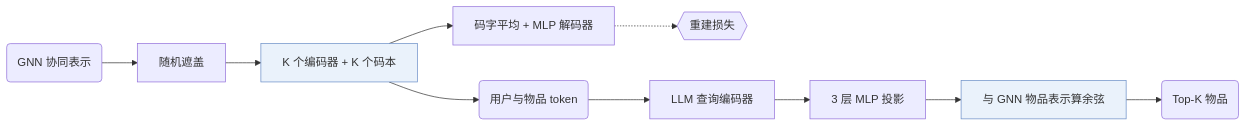
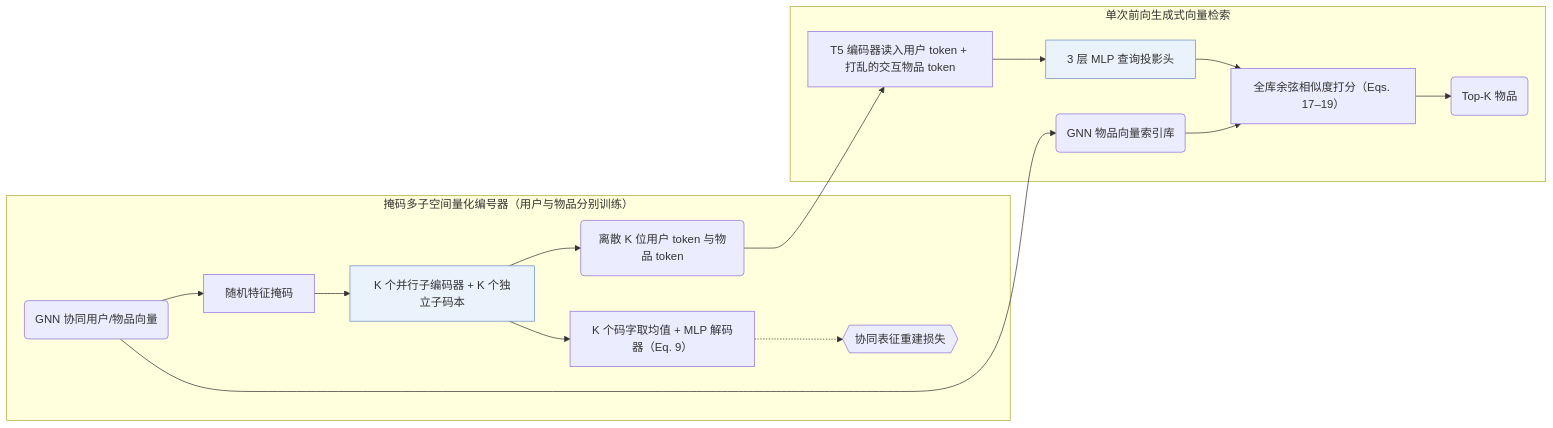
Before and after one commit to Galaxy-ghost/Awesome-SID-Generative-Rec: the diagram in notes/zh/tokenrec.md, drawn with Mermaid. The commit also changed other lines of this file and 649 other files, not shown here.

Commit message:
writer-05: also tags and modality index (schema, check, build, visuals); summary field removed; calibration data for 12 papers

````diff
--- a/notes/zh/tokenrec.md
+++ b/notes/zh/tokenrec.md
@@ -11,13 +12,17 @@
 ```mermaid
 flowchart LR
-    A("GNN 协同表示") --> B["随机遮盖"]
-    B --> C["K 个编码器 + K 个码本"]:::key
-    C --> D("用户与物品 token")
-    C --> E["码字平均 + MLP 解码器"]
-    E -.-> L1{{"重建损失"}}
-    D --> F["LLM 查询编码器"]
-    F --> G["3 层 MLP 投影"]
-    G --> H["与 GNN 物品表示算余弦"]:::key
-    H --> I("Top-K 物品")
+    subgraph MQT["掩码多子空间量化编号器（用户与物品分别训练）"]
+        A("GNN 协同用户/物品向量") --> B["随机特征掩码"]
+        B --> C["K 个并行子编码器 + K 个独立子码本"]:::key
+        C --> D("离散 K 位用户 token 与物品 token")
+        C --> E["K 个码字取均值 + MLP 解码器（Eq. 9）"]
+        E -.-> L1{{"协同表征重建损失"}}
+    end
+    subgraph Ret["单次前向生成式向量检索"]
+        D --> F["T5 编码器读入用户 token + 打乱的交互物品 token"]
+        F --> G["3 层 MLP 查询投影头"]:::key
+        A --> DB("GNN 物品向量索引库")
+        G & DB --> H["全库余弦相似度打分（Eqs. 17–19）"] --> I("Top-K 物品")
+    end
     classDef key fill:#eaf2fb,stroke:#6b8fc7
 ```
````
